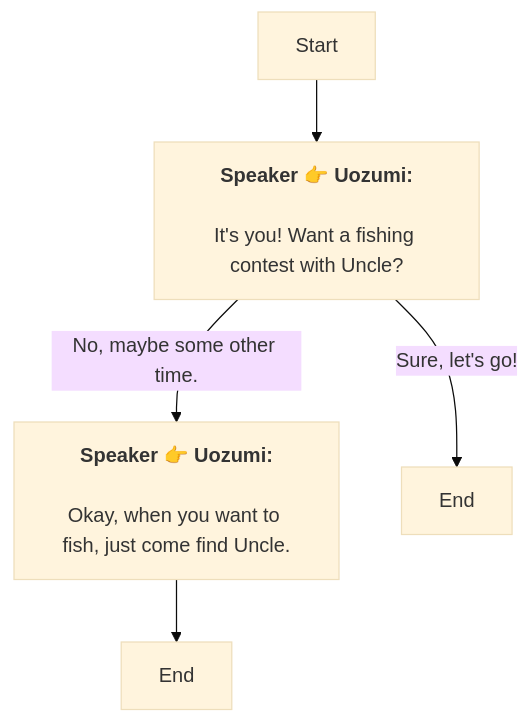
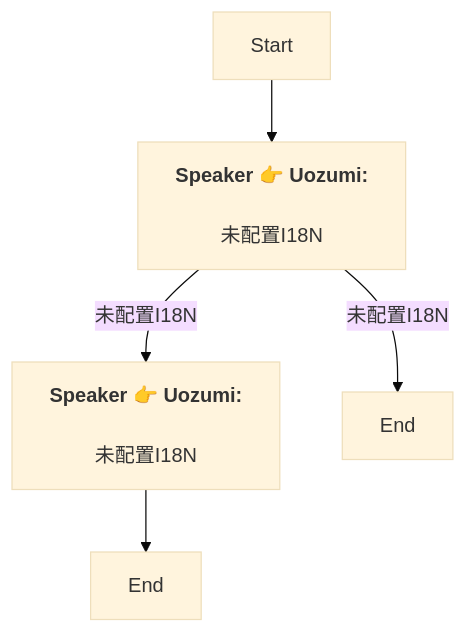
Before and after one commit to SoftHu/tos_avg: the diagram in En/QuestTalkObjectiveNode_1754464098372141.md, drawn with Mermaid (base theme). The commit also changed 730 other files, not shown here.

````diff
--- a/En/QuestTalkObjectiveNode_1754464098372141.md
+++ b/En/QuestTalkObjectiveNode_1754464098372141.md
@@ -1,10 +1,10 @@
 ```mermaid
 graph
 Start -->1754467395861049[<b>Speaker 👉 Uozumi:</b>
-\nIt's you! Want a fishing contest with Uncle?]
-1754467395861049 -->|No, maybe some other time.|1754467395861054[<b>Speaker 👉 Uozumi:</b>
-\nOkay, when you want to fish, just come find Uncle.]
-1754467395861049 -->|Sure, let's go!|1754467395861053[End]
+\n未配置I18N]
+1754467395861049 -->|未配置I18N|1754467395861054[<b>Speaker 👉 Uozumi:</b>
+\n未配置I18N]
+1754467395861049 -->|未配置I18N|1754467395861053[End]
 1754467395861054 -->1754467395861055[End]
 
 ```
````
